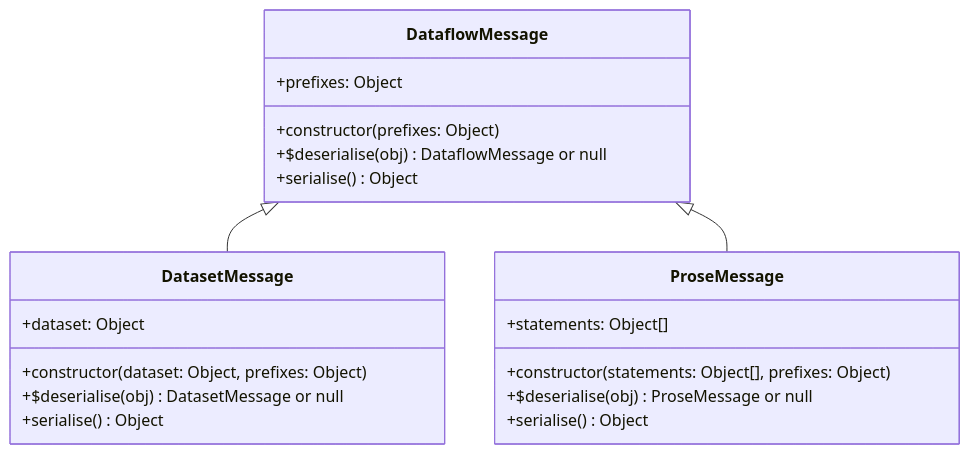
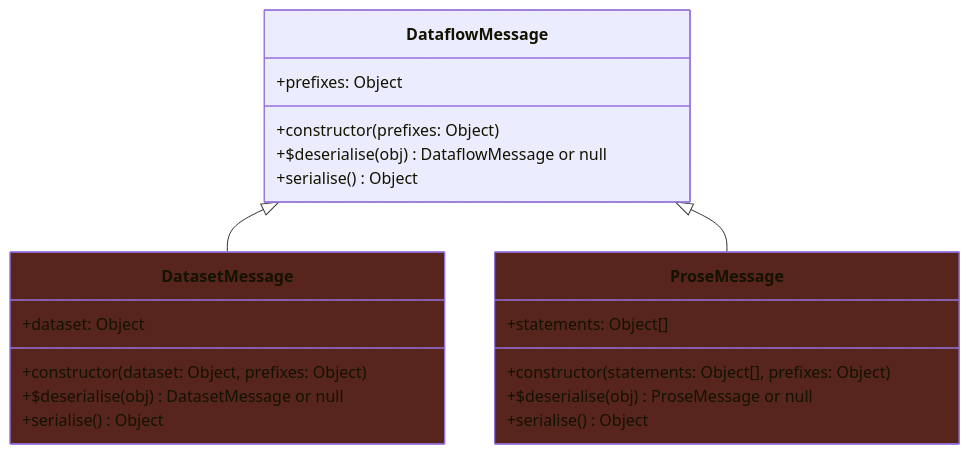
The first of 2 diagrams in README.md (doga/rdf-dataflow), drawn with Mermaid before and after one commit.

````diff
--- a/README.md
+++ b/README.md
@@ -133,23 +133,26 @@
 ```mermaid
 classDiagram
   DataflowMessage <|-- DatasetMessage
   DataflowMessage <|-- ProseMessage
   class DataflowMessage {
    +prefixes: Object
    +constructor(prefixes: Object)
    +$deserialise(obj) DataflowMessage or null
    +serialise() Object
   }
   class DatasetMessage {
    +dataset: Object
    +constructor(dataset: Object, prefixes: Object)
    +$deserialise(obj) DatasetMessage or null
    +serialise() Object
   }
   class ProseMessage {
    +statements: Object[]
    +constructor(statements: Object[], prefixes: Object)
    +$deserialise(obj) ProseMessage or null
    +serialise() Object
   }
+
+  style DatasetMessage fill:#58251C
+  style ProseMessage fill:#58251C
 ```
````
